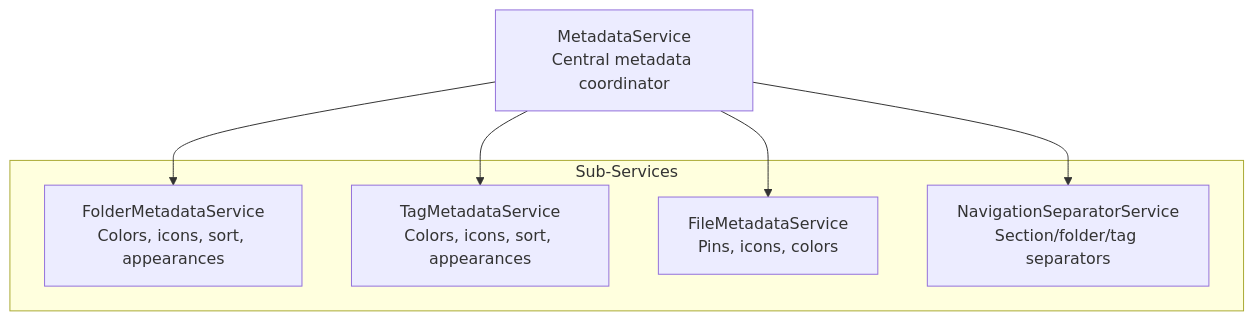
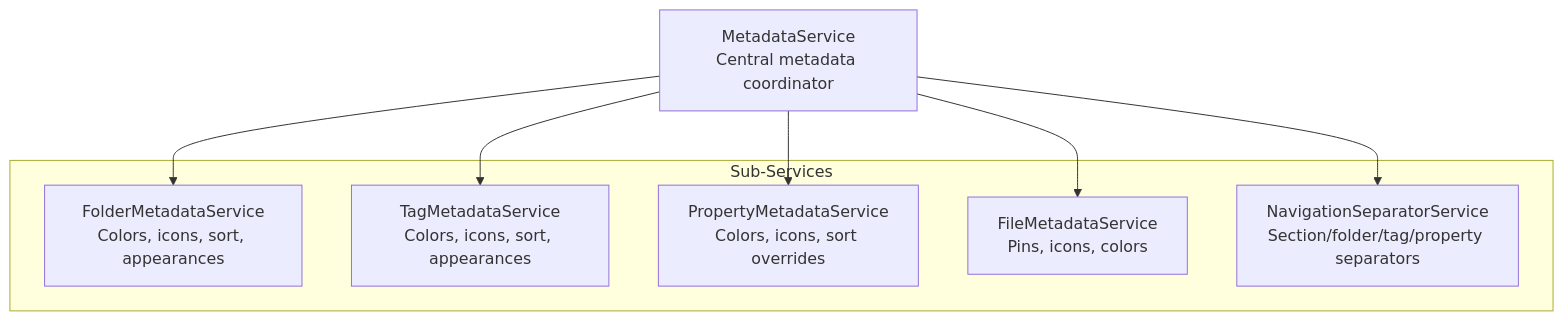
Before and after one commit to vroablec/notebook-navigator: the third of 4 diagrams in docs/service-architecture.md, drawn with Mermaid. The commit also changed other lines of this file and 5 other files, not shown here.

````diff
--- a/docs/service-architecture.md
+++ b/docs/service-architecture.md
@@ -136,16 +141,18 @@
 ```mermaid
 graph TB
     MetadataService["MetadataService<br/>Central metadata coordinator"]
 
     subgraph "Sub-Services"
         FolderMeta["FolderMetadataService<br/>Colors, icons, sort, appearances"]
         TagMeta["TagMetadataService<br/>Colors, icons, sort, appearances"]
+        PropertyMeta["PropertyMetadataService<br/>Colors, icons, sort overrides"]
         FileMeta["FileMetadataService<br/>Pins, icons, colors"]
-        NavigationSeparators["NavigationSeparatorService<br/>Section/folder/tag separators"]
+        NavigationSeparators["NavigationSeparatorService<br/>Section/folder/tag/property separators"]
     end
 
     MetadataService --> FolderMeta
     MetadataService --> TagMeta
+    MetadataService --> PropertyMeta
     MetadataService --> FileMeta
     MetadataService --> NavigationSeparators
 ```
````
